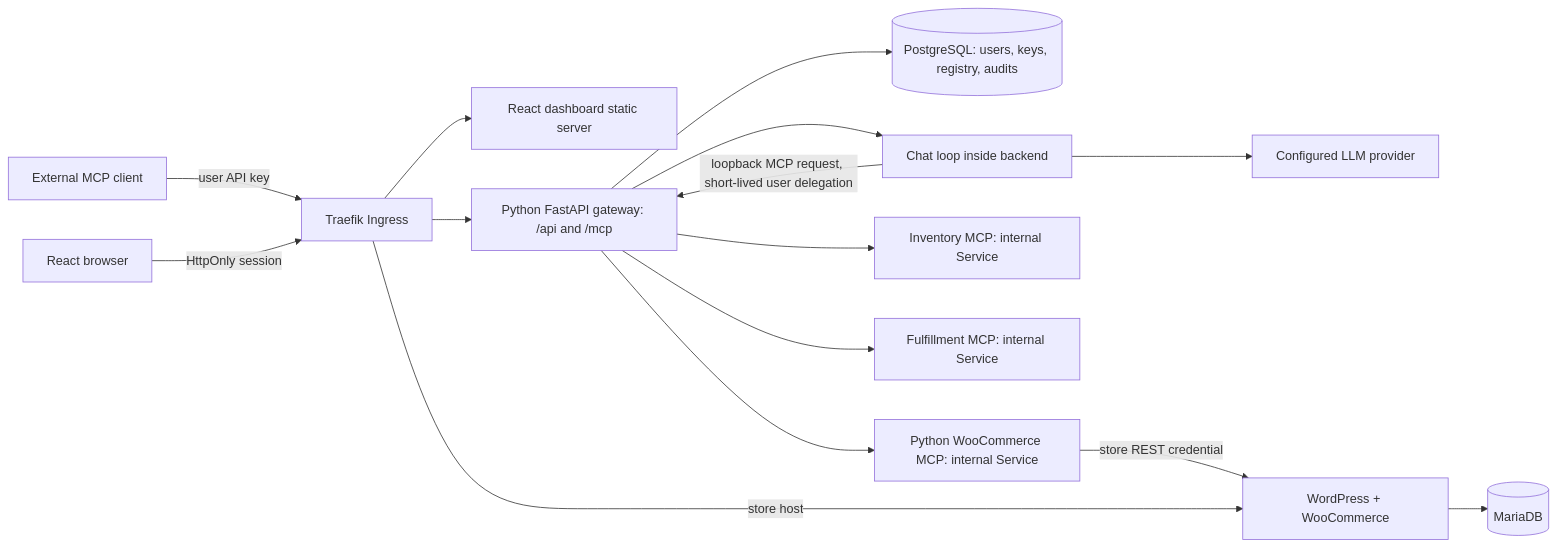
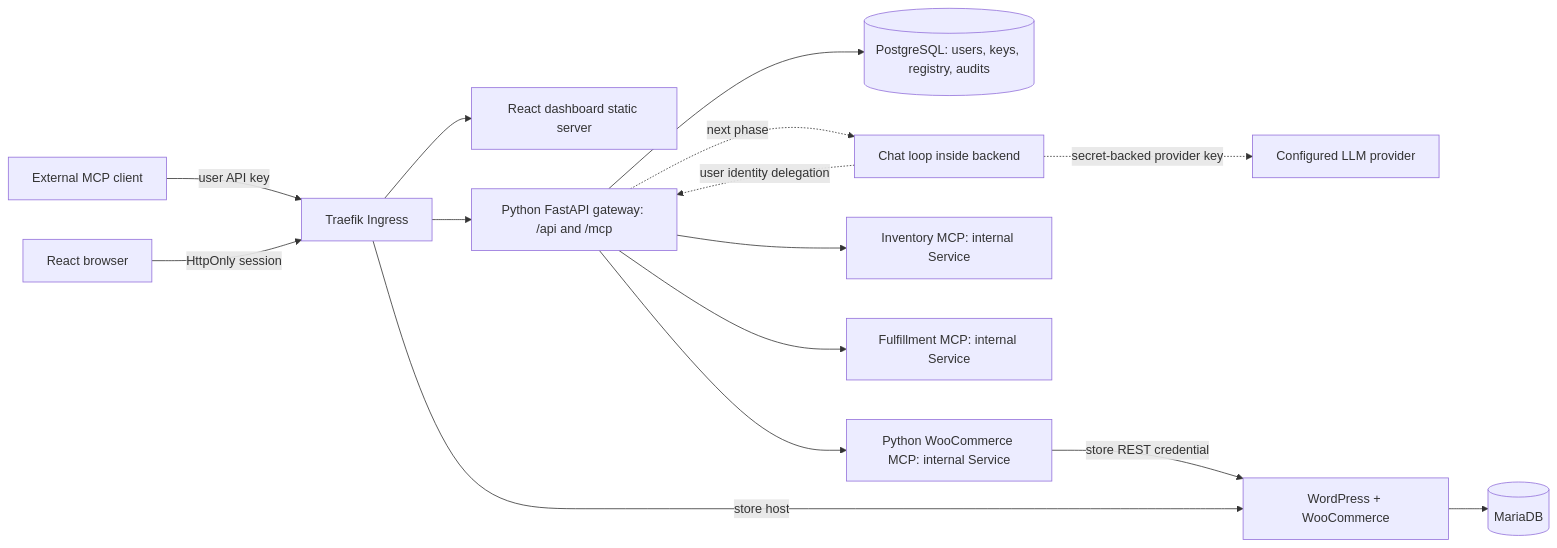
The diagram in docs/architecture.md (prem-cre/urumi-mcp-gateway), drawn with Mermaid before and after one commit. The commit also changed other lines of this file and 45 other files, not shown here.

Commit message:
feat: implement core MCP gateway service, React dashboard, and platform helm templates

````diff
--- a/docs/architecture.md
+++ b/docs/architecture.md
@@ -9,17 +9,17 @@
 ```mermaid
 flowchart LR
     Member[External MCP client] -->|user API key| Edge[Traefik Ingress]
     Browser[React browser] -->|HttpOnly session| Edge
     Edge --> Front[React dashboard static server]
     Edge --> Gateway[Python FastAPI gateway: /api and /mcp]
     Gateway --> DB[(PostgreSQL: users, keys, registry, audits)]
     Gateway --> WooMCP[Python WooCommerce MCP: internal Service]
     Gateway --> Inventory[Inventory MCP: internal Service]
     Gateway --> Fulfillment[Fulfillment MCP: internal Service]
-    Gateway --> Chat[Chat loop inside backend]
-    Chat -->|loopback MCP request, short-lived user delegation| Gateway
-    Chat --> Model[Configured LLM provider]
+    Gateway -. next phase .-> Chat[Chat loop inside backend]
+    Chat -. user identity delegation .-> Gateway
+    Chat -. secret-backed provider key .-> Model[Configured LLM provider]
     WooMCP -->|store REST credential| WP[WordPress + WooCommerce]
     Edge -->|store host| WP
     WP --> Maria[(MariaDB)]
 ```
````
